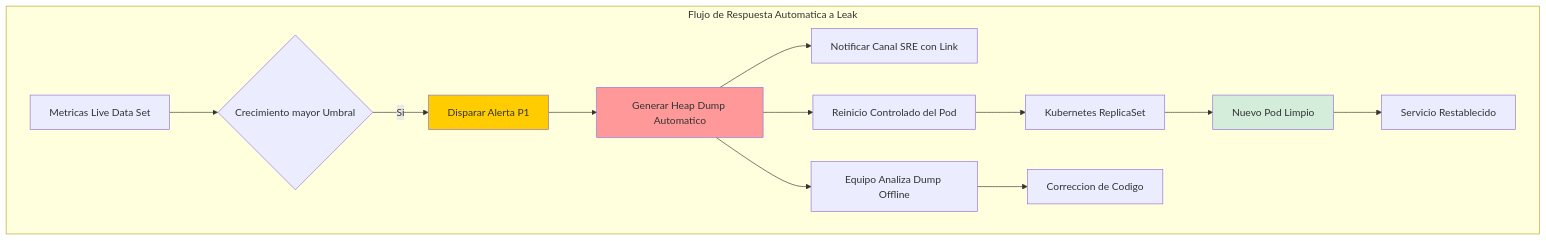
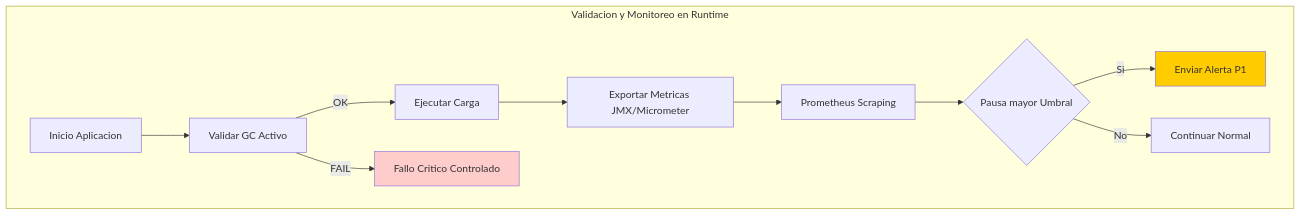
One commit to Joaquinriosheredia/DAM-Java-Mastery changed the third of 4 diagrams in 01_Java_Core/memory_leaks_reales_en_java_deteccion_y_solucion_con_visualvm_STAFF.md. Above: the diagram before and after it, drawn with Mermaid. The commit also changed other lines of this file, not shown here.

Commit message:
memory_leaks_reales_en_java_deteccion_y_solucion_con_visualvm_STAFF.md

````diff
--- a/01_Java_Core/memory_leaks_reales_en_java_deteccion_y_solucion_con_visualvm_STAFF.md
+++ b/01_Java_Core/memory_leaks_reales_en_java_deteccion_y_solucion_con_visualvm_STAFF.md
@@ -289,21 +334,17 @@
 ```mermaid
 graph TD
-    subgraph "Flujo de Respuesta Automatica a Leak"
-        MON[Metricas Live Data Set] --> CHECK{Crecimiento mayor Umbral}
-        CHECK -->|Si| TRIGGER[Disparar Alerta P1]
-        TRIGGER --> DUMP[Generar Heap Dump Automatico]
-        DUMP --> NOTIFY[Notificar Canal SRE con Link]
-        DUMP --> RESTART[Reinicio Controlado del Pod]
+    subgraph "Validacion y Monitoreo en Runtime"
+        START[Inicio Aplicacion] --> CHECK[Validar GC Activo]
+        CHECK -->|OK| RUN[Ejecutar Carga]
+        CHECK -->|FAIL| CRASH[Fallo Critico Controlado]
         
-        RESTART --> K8S[Kubernetes ReplicaSet]
-        K8S --> NEWPOD[Nuevo Pod Limpio]
-        NEWPOD --> STABLE[Servicio Restablecido]
-        
-        DUMP --> ANALYST[Equipo Analiza Dump Offline]
-        ANALYST --> FIX[Correccion de Codigo]
+        RUN --> METRIC[Exportar Metricas JMX/Micrometer]
+        METRIC --> PROM[Prometheus Scraping]
+        PROM --> ALERT{Pausa mayor Umbral}
+        ALERT -->|Si| NOTIFY[Enviar Alerta P1]
+        ALERT -->|No| CONT[Continuar Normal]
     end
     
-    style TRIGGER fill:#ffcc00
-    style DUMP fill:#ff9999
-    style NEWPOD fill:#d4edda
+    style CRASH fill:#ffcccc
+    style NOTIFY fill:#ffcc00
 ```
````
